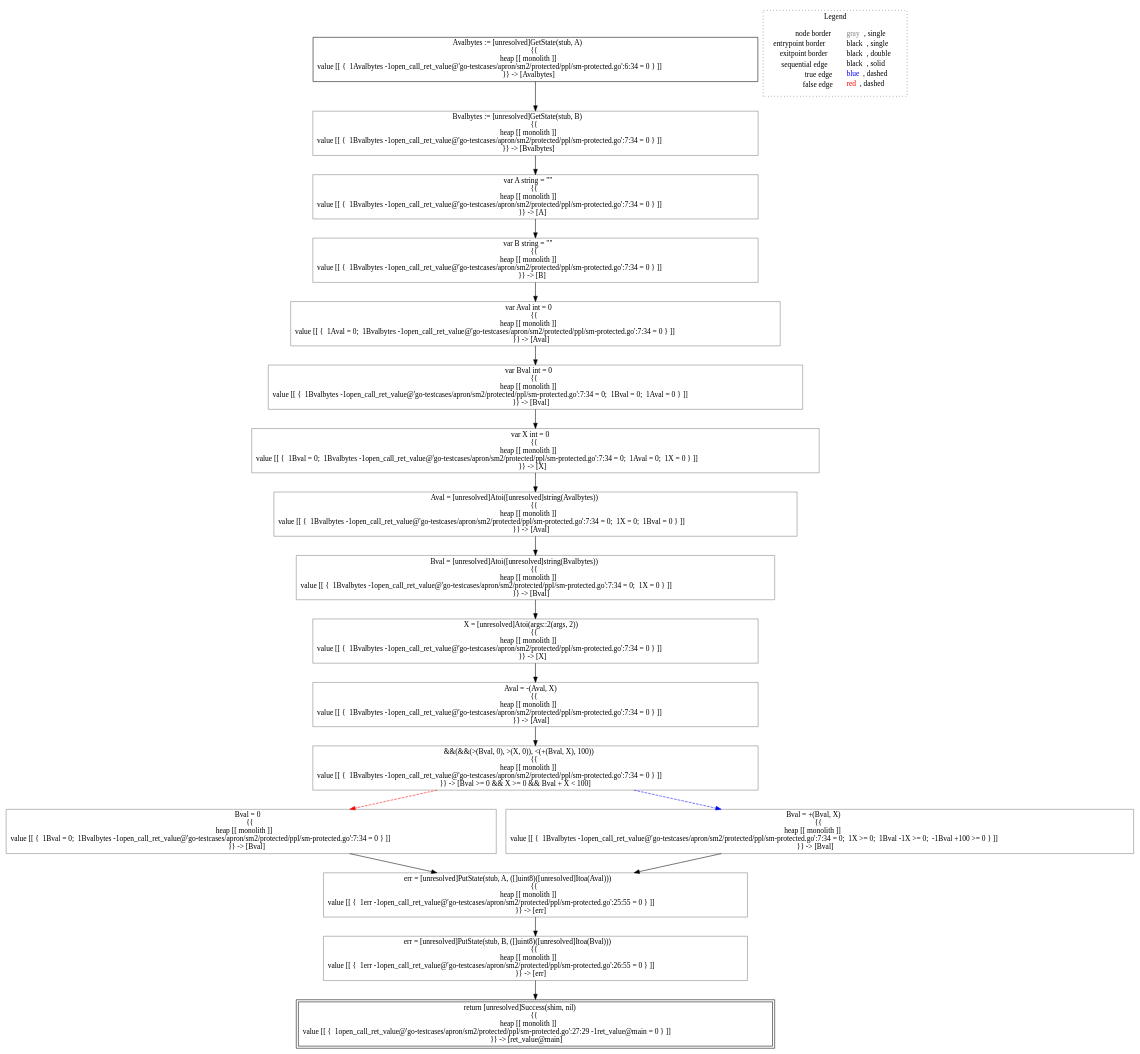
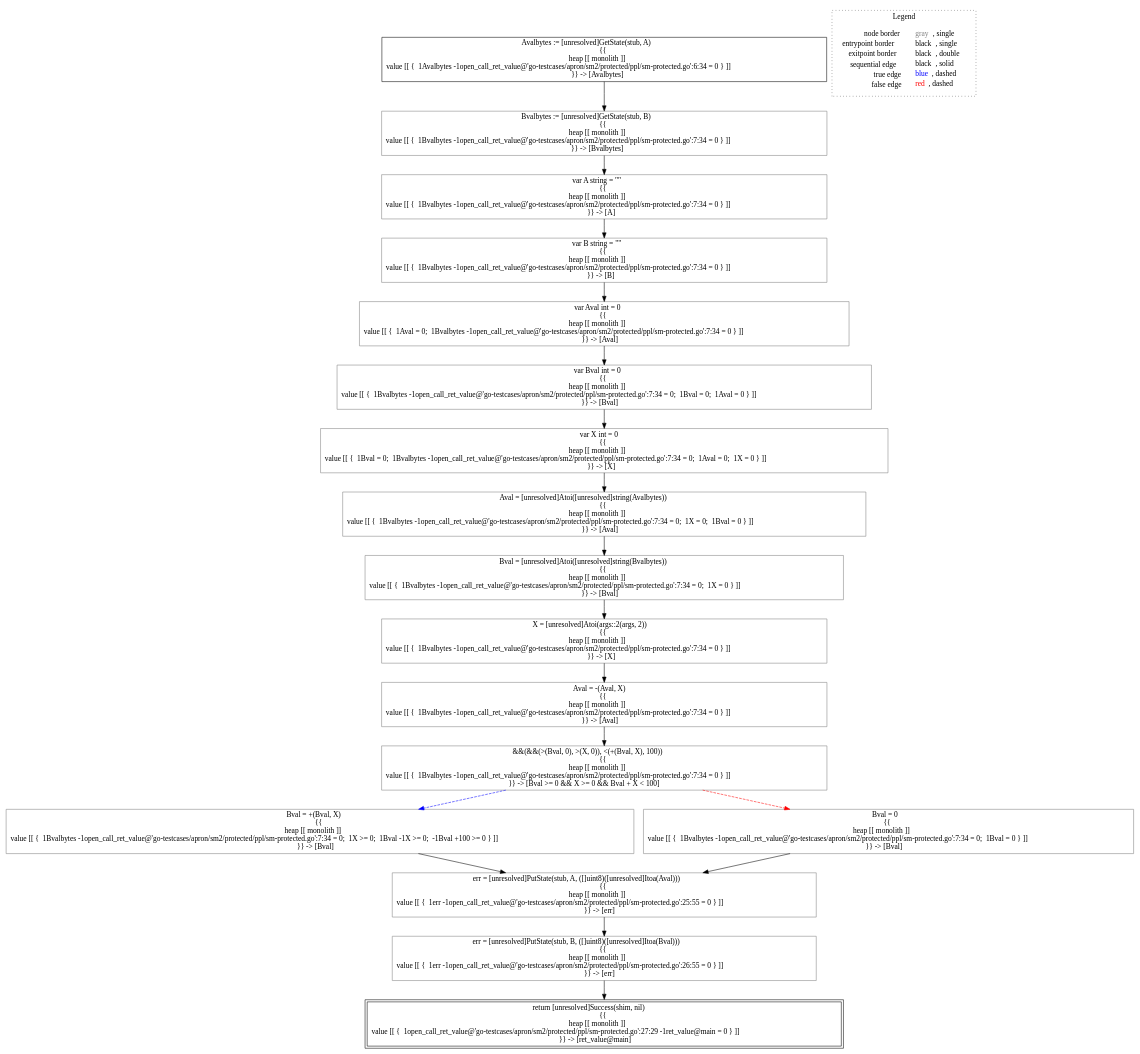
The diagram in go-lisa/go-testcases/apron/sm2/protected/ppl/analysis___pb.Response_~LiSAProgram.main(shim.ChaincodeStubInterface_stub,_[]string_args).dot (lisa-analyzer/go-lisa), drawn with Graphviz before and after one commit. The commit also changed 26 other files, not shown here.

```diff
--- a/go-lisa/go-testcases/apron/sm2/protected/ppl/analysis___pb.Response_~LiSAProgram.main(shim.ChaincodeStubInterface_stub,_[]string_args).dot
+++ b/go-lisa/go-testcases/apron/sm2/protected/ppl/analysis___pb.Response_~LiSAProgram.main(shim.ChaincodeStubInterface_stub,_[]string_args).dot
@@ -1,43 +1,43 @@
 digraph {
 	"node0" [shape="rect",color="black",label=<Avalbytes := [unresolved]GetState(stub, A)<BR/>{{<BR/>heap [[ monolith ]]<BR/>value [[ {  1Avalbytes -1open_call_ret_value@'go-testcases/apron/sm2/protected/ppl/sm-protected.go':6:34 = 0 } ]]<BR/>}} -&gt; [Avalbytes]>];
 	"node1" [shape="rect",color="black",peripheries="2",label=<return [unresolved]Success(shim, nil)<BR/>{{<BR/>heap [[ monolith ]]<BR/>value [[ {  1open_call_ret_value@'go-testcases/apron/sm2/protected/ppl/sm-protected.go':27:29 -1ret_value@main = 0 } ]]<BR/>}} -&gt; [ret_value@main]>];
 	"node2" [shape="rect",color="gray",label=<var Bval int = 0<BR/>{{<BR/>heap [[ monolith ]]<BR/>value [[ {  1Bvalbytes -1open_call_ret_value@'go-testcases/apron/sm2/protected/ppl/sm-protected.go':7:34 = 0;  1Bval = 0;  1Aval = 0 } ]]<BR/>}} -&gt; [Bval]>];
-	"node3" [shape="rect",color="gray",label=<Bval = 0<BR/>{{<BR/>heap [[ monolith ]]<BR/>value [[ {  1Bval = 0;  1Bvalbytes -1open_call_ret_value@'go-testcases/apron/sm2/protected/ppl/sm-protected.go':7:34 = 0 } ]]<BR/>}} -&gt; [Bval]>];
-	"node4" [shape="rect",color="gray",label=<err = [unresolved]PutState(stub, A, ([]uint8)([unresolved]Itoa(Aval)))<BR/>{{<BR/>heap [[ monolith ]]<BR/>value [[ {  1err -1open_call_ret_value@'go-testcases/apron/sm2/protected/ppl/sm-protected.go':25:55 = 0 } ]]<BR/>}} -&gt; [err]>];
-	"node5" [shape="rect",color="gray",label=<err = [unresolved]PutState(stub, B, ([]uint8)([unresolved]Itoa(Bval)))<BR/>{{<BR/>heap [[ monolith ]]<BR/>value [[ {  1err -1open_call_ret_value@'go-testcases/apron/sm2/protected/ppl/sm-protected.go':26:55 = 0 } ]]<BR/>}} -&gt; [err]>];
-	"node6" [shape="rect",color="gray",label=<&amp;&amp;(&amp;&amp;(&gt;(Bval, 0), &gt;(X, 0)), &lt;(+(Bval, X), 100))<BR/>{{<BR/>heap [[ monolith ]]<BR/>value [[ {  1Bvalbytes -1open_call_ret_value@'go-testcases/apron/sm2/protected/ppl/sm-protected.go':7:34 = 0 } ]]<BR/>}} -&gt; [Bval &gt;= 0 &amp;&amp; X &gt;= 0 &amp;&amp; Bval + X &lt; 100]>];
-	"node7" [shape="rect",color="gray",label=<var Aval int = 0<BR/>{{<BR/>heap [[ monolith ]]<BR/>value [[ {  1Aval = 0;  1Bvalbytes -1open_call_ret_value@'go-testcases/apron/sm2/protected/ppl/sm-protected.go':7:34 = 0 } ]]<BR/>}} -&gt; [Aval]>];
-	"node8" [shape="rect",color="gray",label=<var A string = &quot;&quot;<BR/>{{<BR/>heap [[ monolith ]]<BR/>value [[ {  1Bvalbytes -1open_call_ret_value@'go-testcases/apron/sm2/protected/ppl/sm-protected.go':7:34 = 0 } ]]<BR/>}} -&gt; [A]>];
-	"node9" [shape="rect",color="gray",label=<Aval = [unresolved]Atoi([unresolved]string(Avalbytes))<BR/>{{<BR/>heap [[ monolith ]]<BR/>value [[ {  1Bvalbytes -1open_call_ret_value@'go-testcases/apron/sm2/protected/ppl/sm-protected.go':7:34 = 0;  1X = 0;  1Bval = 0 } ]]<BR/>}} -&gt; [Aval]>];
-	"node10" [shape="rect",color="gray",label=<Aval = -(Aval, X)<BR/>{{<BR/>heap [[ monolith ]]<BR/>value [[ {  1Bvalbytes -1open_call_ret_value@'go-testcases/apron/sm2/protected/ppl/sm-protected.go':7:34 = 0 } ]]<BR/>}} -&gt; [Aval]>];
-	"node11" [shape="rect",color="gray",label=<Bval = +(Bval, X)<BR/>{{<BR/>heap [[ monolith ]]<BR/>value [[ {  1Bvalbytes -1open_call_ret_value@'go-testcases/apron/sm2/protected/ppl/sm-protected.go':7:34 = 0;  1X &gt;= 0;  1Bval -1X &gt;= 0;  -1Bval +100 &gt;= 0 } ]]<BR/>}} -&gt; [Bval]>];
-	"node12" [shape="rect",color="gray",label=<var B string = &quot;&quot;<BR/>{{<BR/>heap [[ monolith ]]<BR/>value [[ {  1Bvalbytes -1open_call_ret_value@'go-testcases/apron/sm2/protected/ppl/sm-protected.go':7:34 = 0 } ]]<BR/>}} -&gt; [B]>];
-	"node13" [shape="rect",color="gray",label=<X = [unresolved]Atoi(args::2(args, 2))<BR/>{{<BR/>heap [[ monolith ]]<BR/>value [[ {  1Bvalbytes -1open_call_ret_value@'go-testcases/apron/sm2/protected/ppl/sm-protected.go':7:34 = 0 } ]]<BR/>}} -&gt; [X]>];
-	"node14" [shape="rect",color="gray",label=<Bvalbytes := [unresolved]GetState(stub, B)<BR/>{{<BR/>heap [[ monolith ]]<BR/>value [[ {  1Bvalbytes -1open_call_ret_value@'go-testcases/apron/sm2/protected/ppl/sm-protected.go':7:34 = 0 } ]]<BR/>}} -&gt; [Bvalbytes]>];
-	"node15" [shape="rect",color="gray",label=<var X int = 0<BR/>{{<BR/>heap [[ monolith ]]<BR/>value [[ {  1Bval = 0;  1Bvalbytes -1open_call_ret_value@'go-testcases/apron/sm2/protected/ppl/sm-protected.go':7:34 = 0;  1Aval = 0;  1X = 0 } ]]<BR/>}} -&gt; [X]>];
-	"node16" [shape="rect",color="gray",label=<Bval = [unresolved]Atoi([unresolved]string(Bvalbytes))<BR/>{{<BR/>heap [[ monolith ]]<BR/>value [[ {  1Bvalbytes -1open_call_ret_value@'go-testcases/apron/sm2/protected/ppl/sm-protected.go':7:34 = 0;  1X = 0 } ]]<BR/>}} -&gt; [Bval]>];
-	"node0" -> "node14" [color="black"];
-	"node2" -> "node15" [color="black"];
-	"node3" -> "node4" [color="black"];
-	"node4" -> "node5" [color="black"];
-	"node5" -> "node1" [color="black"];
-	"node6" -> "node3" [color="red",style="dashed"];
-	"node6" -> "node11" [color="blue",style="dashed"];
-	"node7" -> "node2" [color="black"];
+	"node3" [shape="rect",color="gray",label=<Bvalbytes := [unresolved]GetState(stub, B)<BR/>{{<BR/>heap [[ monolith ]]<BR/>value [[ {  1Bvalbytes -1open_call_ret_value@'go-testcases/apron/sm2/protected/ppl/sm-protected.go':7:34 = 0 } ]]<BR/>}} -&gt; [Bvalbytes]>];
+	"node4" [shape="rect",color="gray",label=<Aval = -(Aval, X)<BR/>{{<BR/>heap [[ monolith ]]<BR/>value [[ {  1Bvalbytes -1open_call_ret_value@'go-testcases/apron/sm2/protected/ppl/sm-protected.go':7:34 = 0 } ]]<BR/>}} -&gt; [Aval]>];
+	"node5" [shape="rect",color="gray",label=<var X int = 0<BR/>{{<BR/>heap [[ monolith ]]<BR/>value [[ {  1Bval = 0;  1Bvalbytes -1open_call_ret_value@'go-testcases/apron/sm2/protected/ppl/sm-protected.go':7:34 = 0;  1Aval = 0;  1X = 0 } ]]<BR/>}} -&gt; [X]>];
+	"node6" [shape="rect",color="gray",label=<err = [unresolved]PutState(stub, B, ([]uint8)([unresolved]Itoa(Bval)))<BR/>{{<BR/>heap [[ monolith ]]<BR/>value [[ {  1err -1open_call_ret_value@'go-testcases/apron/sm2/protected/ppl/sm-protected.go':26:55 = 0 } ]]<BR/>}} -&gt; [err]>];
+	"node7" [shape="rect",color="gray",label=<err = [unresolved]PutState(stub, A, ([]uint8)([unresolved]Itoa(Aval)))<BR/>{{<BR/>heap [[ monolith ]]<BR/>value [[ {  1err -1open_call_ret_value@'go-testcases/apron/sm2/protected/ppl/sm-protected.go':25:55 = 0 } ]]<BR/>}} -&gt; [err]>];
+	"node8" [shape="rect",color="gray",label=<Aval = [unresolved]Atoi([unresolved]string(Avalbytes))<BR/>{{<BR/>heap [[ monolith ]]<BR/>value [[ {  1Bvalbytes -1open_call_ret_value@'go-testcases/apron/sm2/protected/ppl/sm-protected.go':7:34 = 0;  1X = 0;  1Bval = 0 } ]]<BR/>}} -&gt; [Aval]>];
+	"node9" [shape="rect",color="gray",label=<Bval = +(Bval, X)<BR/>{{<BR/>heap [[ monolith ]]<BR/>value [[ {  1Bvalbytes -1open_call_ret_value@'go-testcases/apron/sm2/protected/ppl/sm-protected.go':7:34 = 0;  1X &gt;= 0;  1Bval -1X &gt;= 0;  -1Bval +100 &gt;= 0 } ]]<BR/>}} -&gt; [Bval]>];
+	"node10" [shape="rect",color="gray",label=<&amp;&amp;(&amp;&amp;(&gt;(Bval, 0), &gt;(X, 0)), &lt;(+(Bval, X), 100))<BR/>{{<BR/>heap [[ monolith ]]<BR/>value [[ {  1Bvalbytes -1open_call_ret_value@'go-testcases/apron/sm2/protected/ppl/sm-protected.go':7:34 = 0 } ]]<BR/>}} -&gt; [Bval &gt;= 0 &amp;&amp; X &gt;= 0 &amp;&amp; Bval + X &lt; 100]>];
+	"node11" [shape="rect",color="gray",label=<X = [unresolved]Atoi(args::2(args, 2))<BR/>{{<BR/>heap [[ monolith ]]<BR/>value [[ {  1Bvalbytes -1open_call_ret_value@'go-testcases/apron/sm2/protected/ppl/sm-protected.go':7:34 = 0 } ]]<BR/>}} -&gt; [X]>];
+	"node12" [shape="rect",color="gray",label=<Bval = [unresolved]Atoi([unresolved]string(Bvalbytes))<BR/>{{<BR/>heap [[ monolith ]]<BR/>value [[ {  1Bvalbytes -1open_call_ret_value@'go-testcases/apron/sm2/protected/ppl/sm-protected.go':7:34 = 0;  1X = 0 } ]]<BR/>}} -&gt; [Bval]>];
+	"node13" [shape="rect",color="gray",label=<var A string = &quot;&quot;<BR/>{{<BR/>heap [[ monolith ]]<BR/>value [[ {  1Bvalbytes -1open_call_ret_value@'go-testcases/apron/sm2/protected/ppl/sm-protected.go':7:34 = 0 } ]]<BR/>}} -&gt; [A]>];
+	"node14" [shape="rect",color="gray",label=<var Aval int = 0<BR/>{{<BR/>heap [[ monolith ]]<BR/>value [[ {  1Aval = 0;  1Bvalbytes -1open_call_ret_value@'go-testcases/apron/sm2/protected/ppl/sm-protected.go':7:34 = 0 } ]]<BR/>}} -&gt; [Aval]>];
+	"node15" [shape="rect",color="gray",label=<Bval = 0<BR/>{{<BR/>heap [[ monolith ]]<BR/>value [[ {  1Bvalbytes -1open_call_ret_value@'go-testcases/apron/sm2/protected/ppl/sm-protected.go':7:34 = 0;  1Bval = 0 } ]]<BR/>}} -&gt; [Bval]>];
+	"node16" [shape="rect",color="gray",label=<var B string = &quot;&quot;<BR/>{{<BR/>heap [[ monolith ]]<BR/>value [[ {  1Bvalbytes -1open_call_ret_value@'go-testcases/apron/sm2/protected/ppl/sm-protected.go':7:34 = 0 } ]]<BR/>}} -&gt; [B]>];
+	"node2" -> "node5" [color="black"];
+	"node3" -> "node13" [color="black"];
+	"node4" -> "node10" [color="black"];
+	"node5" -> "node8" [color="black"];
+	"node6" -> "node1" [color="black"];
+	"node7" -> "node6" [color="black"];
 	"node8" -> "node12" [color="black"];
-	"node9" -> "node16" [color="black"];
-	"node10" -> "node6" [color="black"];
+	"node9" -> "node7" [color="black"];
+	"node0" -> "node3" [color="black"];
+	"node10" -> "node9" [color="blue",style="dashed"];
+	"node10" -> "node15" [color="red",style="dashed"];
 	"node11" -> "node4" [color="black"];
-	"node12" -> "node7" [color="black"];
-	"node13" -> "node10" [color="black"];
-	"node14" -> "node8" [color="black"];
-	"node15" -> "node9" [color="black"];
-	"node16" -> "node13" [color="black"];
+	"node12" -> "node11" [color="black"];
+	"node13" -> "node16" [color="black"];
+	"node14" -> "node2" [color="black"];
+	"node15" -> "node7" [color="black"];
+	"node16" -> "node14" [color="black"];
 subgraph cluster_legend {
 	label="Legend";
 	style=dotted;
 	node [shape=plaintext];
 	"legend" [label=<<table border="0" cellpadding="2" cellspacing="0" cellborder="0"><tr><td align="right">node border&nbsp;</td><td align="left"><font color="gray">gray</font>, single</td></tr><tr><td align="right">entrypoint border&nbsp;</td><td align="left"><font color="black">black</font>, single</td></tr><tr><td align="right">exitpoint border&nbsp;</td><td align="left"><font color="black">black</font>, double</td></tr><tr><td align="right">sequential edge&nbsp;</td><td align="left"><font color="black">black</font>, solid</td></tr><tr><td align="right">true edge&nbsp;</td><td align="left"><font color="blue">blue</font>, dashed</td></tr><tr><td align="right">false edge&nbsp;</td><td align="left"><font color="red">red</font>, dashed</td></tr></table>>];
 }
 
 }
```
